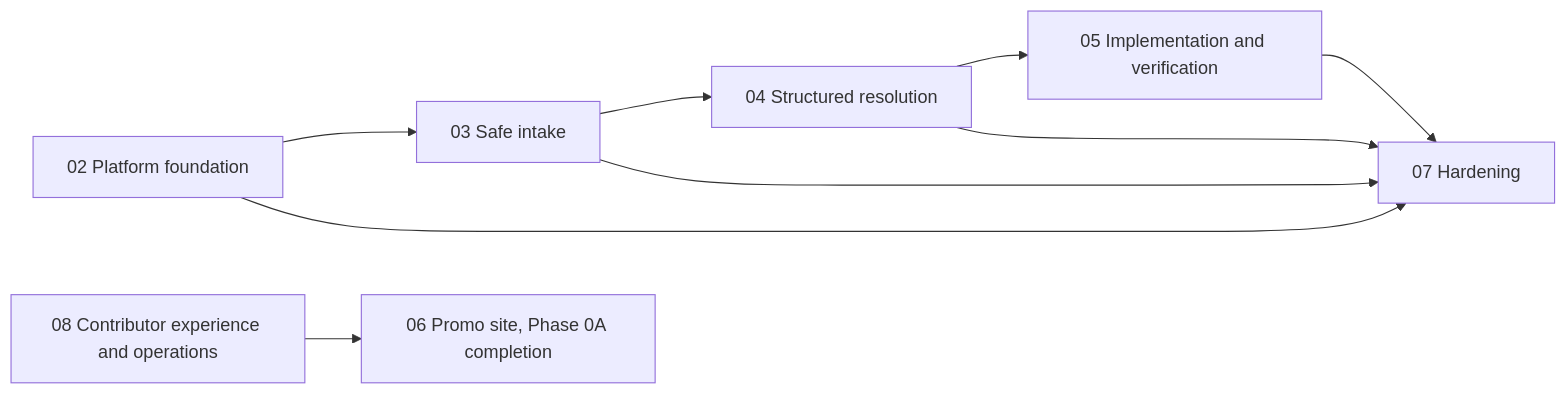
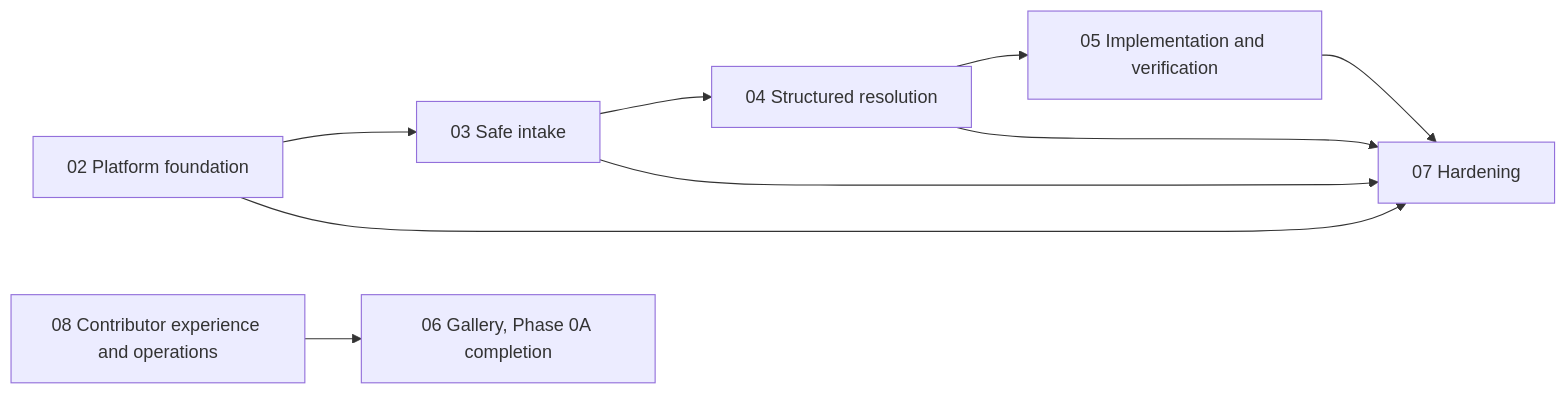
One commit to community-action-network-oss/community_action_network_oss changed the diagram in plans/00-ROOT.md. Above: the diagram before and after it, drawn with Mermaid. The commit also changed other lines of this file and 48 other files, not shown here.

Commit message:
W2 P1: reframe promo site as the public gallery across docs, skills, plans and scripts

````diff
--- a/plans/00-ROOT.md
+++ b/plans/00-ROOT.md
@@ -43,18 +43,18 @@
 ```mermaid
 flowchart LR
   p02["02 Platform foundation"]
   p03["03 Safe intake"]
   p04["04 Structured resolution"]
   p05["05 Implementation and verification"]
-  p06["06 Promo site, Phase 0A completion"]
+  p06["06 Gallery, Phase 0A completion"]
   p07["07 Hardening"]
   p08["08 Contributor experience and operations"]
   p02 --> p03
   p03 --> p04
   p04 --> p05
   p08 --> p06
   p02 --> p07
   p03 --> p07
   p04 --> p07
   p05 --> p07
 ```
````
